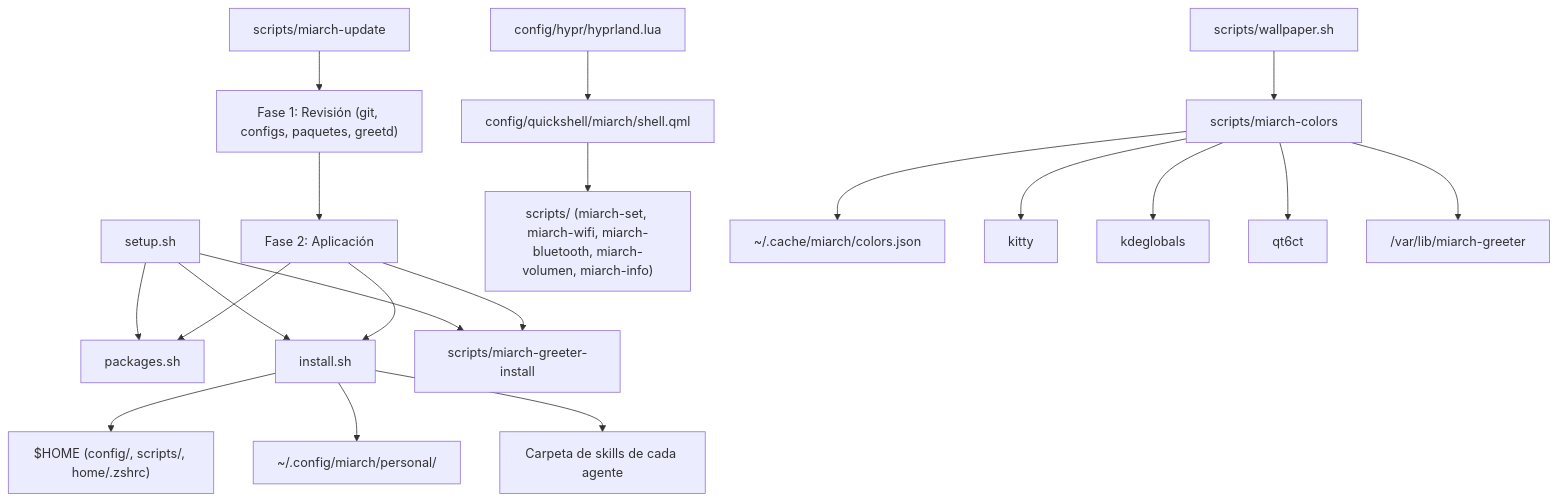
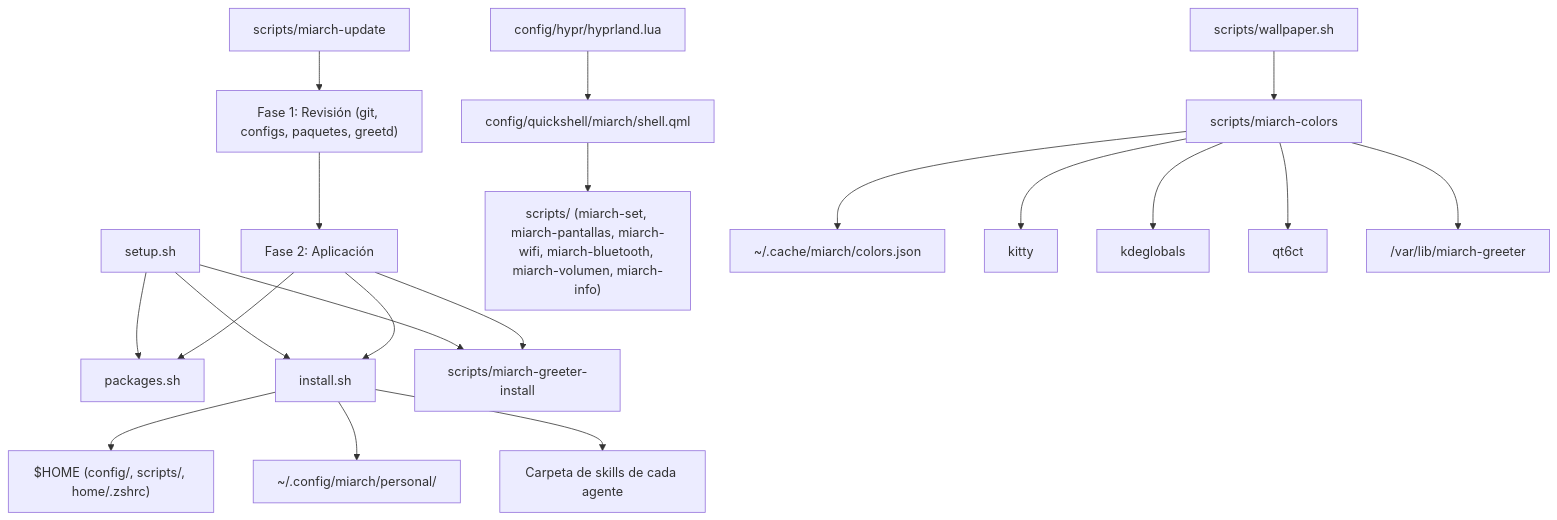
Before and after one commit to alejandro-xoxo/Miarch: the diagram in docs/estructura.md, drawn with Mermaid. The commit also changed other lines of this file and 4 other files, not shown here.

````diff
--- a/docs/estructura.md
+++ b/docs/estructura.md
@@ -63,26 +64,26 @@
 ```mermaid
 flowchart TD
     Setup["setup.sh"] --> Packages["packages.sh"]
     Setup --> Install["install.sh"]
     Setup --> GreeterInstall["scripts/miarch-greeter-install"]
 
     Install --> ConfigDest["$HOME (config/, scripts/, home/.zshrc)"]
     Install --> Personal["~/.config/miarch/personal/"]
     Install --> AgentSkills["Carpeta de skills de cada agente"]
 
     Updater["scripts/miarch-update"] --> CheckPhase["Fase 1: Revisión (git, configs, paquetes, greetd)"]
     CheckPhase --> ApplyPhase["Fase 2: Aplicación"]
     ApplyPhase --> Install
     ApplyPhase --> Packages
     ApplyPhase --> GreeterInstall
 
     Hyprland["config/hypr/hyprland.lua"] --> Quickshell["config/quickshell/miarch/shell.qml"]
-    Quickshell --> HelperScripts["scripts/ (miarch-set, miarch-wifi, miarch-bluetooth, miarch-volumen, miarch-info)"]
+    Quickshell --> HelperScripts["scripts/ (miarch-set, miarch-pantallas, miarch-wifi, miarch-bluetooth, miarch-volumen, miarch-info)"]
     
     Wallpaper["scripts/wallpaper.sh"] --> Colors["scripts/miarch-colors"]
     Colors --> CacheColors["~/.cache/miarch/colors.json"]
     Colors --> KittyTheme["kitty"]
     Colors --> KDETheme["kdeglobals"]
     Colors --> QTTheme["qt6ct"]
     Colors --> GreeterTheme["/var/lib/miarch-greeter"]
 ```
````
